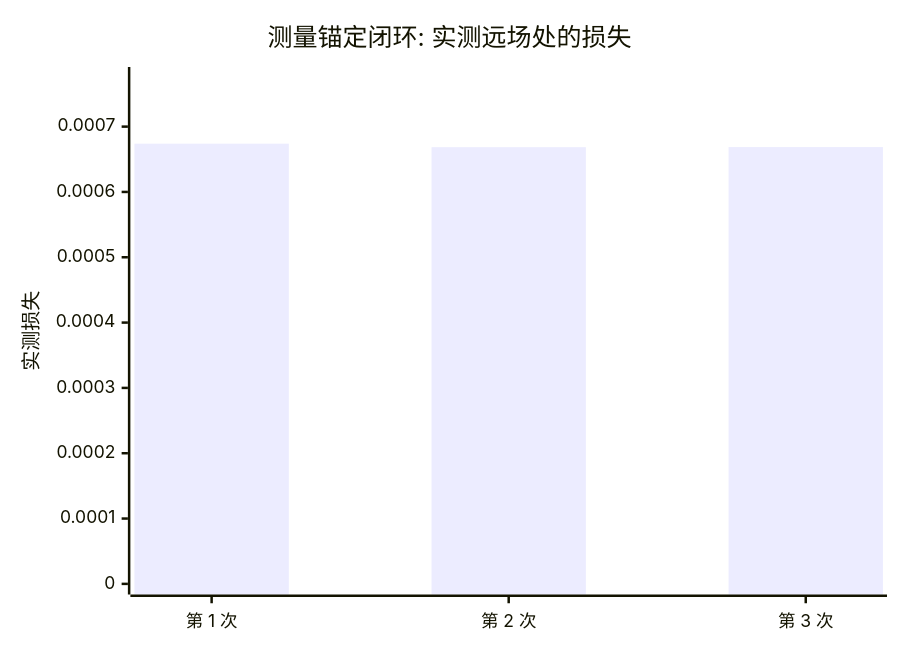
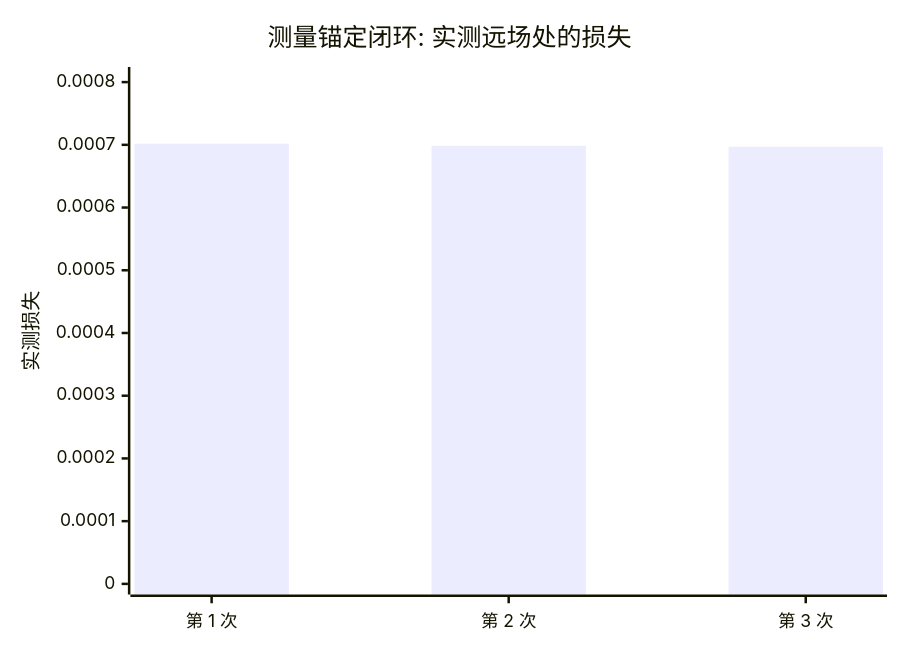
Before and after one commit to ywzhang909/AO-shaping: the second of 2 diagrams in report/slm/differentiable_opt/differentiable_opt_report.md, drawn with Mermaid. The commit also changed other lines of this file and 20 other files, not shown here.

````diff
--- a/report/slm/differentiable_opt/differentiable_opt_report.md
+++ b/report/slm/differentiable_opt/differentiable_opt_report.md
@@ -295,7 +285,7 @@
 ```mermaid
 xychart-beta
     title "测量锚定闭环: 实测远场处的损失"
     x-axis ["第 1 次", "第 2 次", "第 3 次"]
-    y-axis "实测损失" 0 --> 0.000775009
-    bar [0.000673921, 0.000668493, 0.000668691]
+    y-axis "实测损失" 0 --> 0.000807143
+    bar [0.000701863, 0.000698393, 0.000696877]
 ```
````
